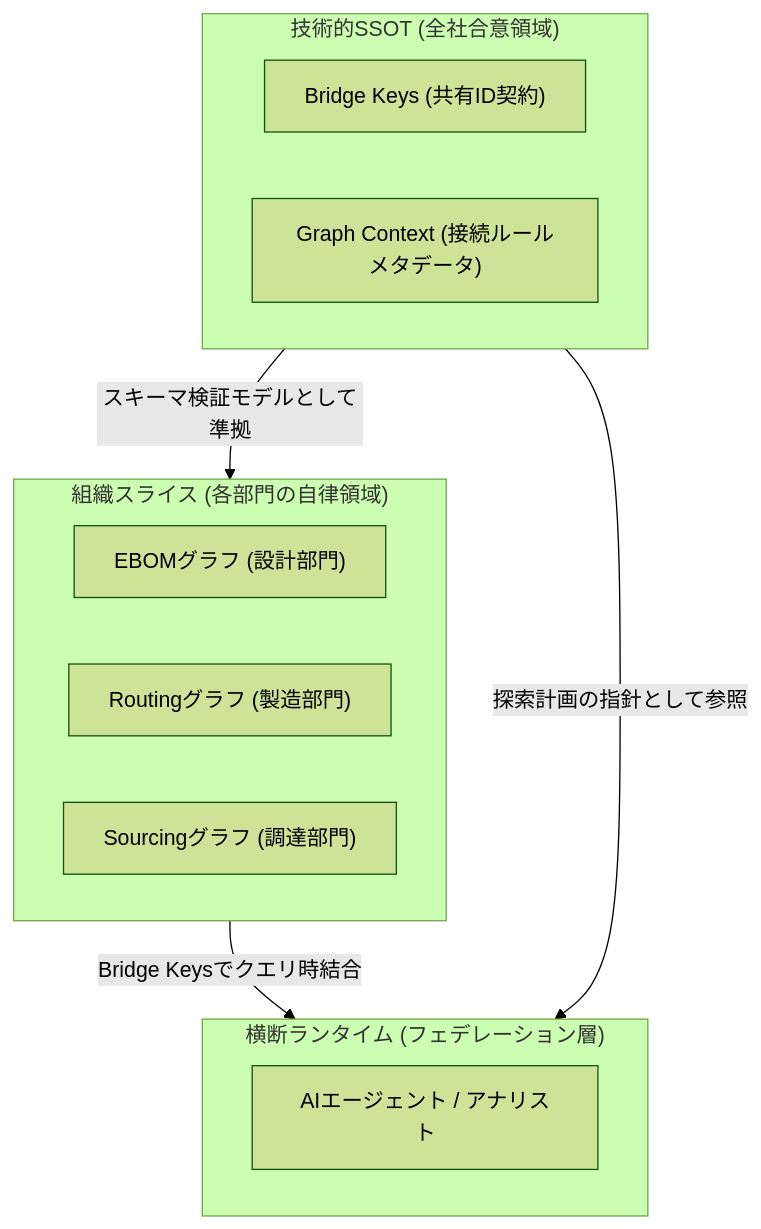
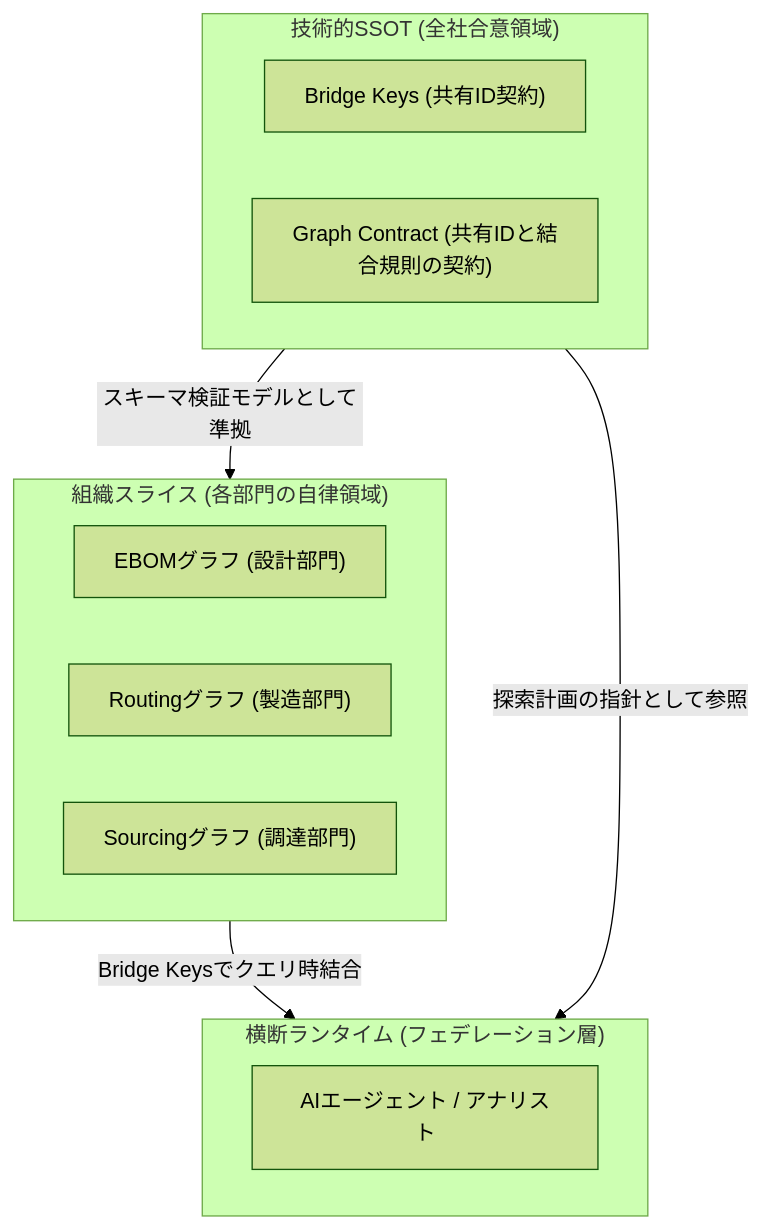
The first of 2 diagrams in articles/2026-06-06-supply-chain-impact-analysis-agent2.md (yohei1126/zenn), drawn with Mermaid (forest theme) before and after one commit. The commit also changed other lines of this file and 1 other file, not shown here.

Commit message:
docs: rename Graph Context to Graph Contract and graph_context.yaml to graph_contract.yaml

````diff
--- a/articles/2026-06-06-supply-chain-impact-analysis-agent2.md
+++ b/articles/2026-06-06-supply-chain-impact-analysis-agent2.md
@@ -70,21 +70,21 @@
 ```mermaid
 graph TD
     subgraph TechSSOT ["技術的SSOT (全社合意領域)"]
         BC["Bridge Keys (共有ID契約)"]
-        GC["Graph Context (接続ルールメタデータ)"]
+        GC["Graph Contract (共有IDと結合規則の契約)"]
     end
     
     subgraph OrgSlices ["組織スライス (各部門の自律領域)"]
         EBOM["EBOMグラフ (設計部門)"]
         Routing["Routingグラフ (製造部門)"]
         Sourcing["Sourcingグラフ (調達部門)"]
     end
     
     subgraph Runtime ["横断ランタイム (フェデレーション層)"]
         Agent["AIエージェント / アナリスト"]
     end
     
     TechSSOT -->|スキーマ検証モデルとして準拠| OrgSlices
     OrgSlices -->|Bridge Keysでクエリ時結合| Runtime
     TechSSOT -->|探索計画の指針として参照| Runtime
 ```
````
